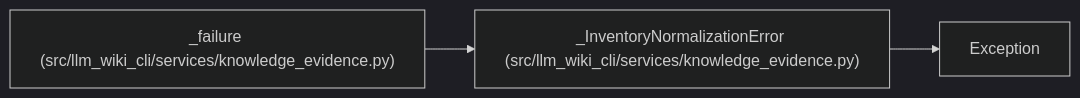
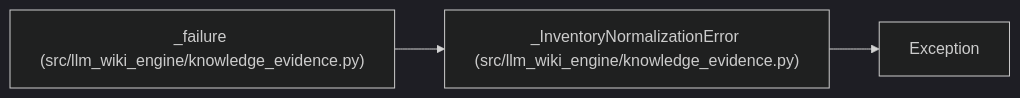
Before and after one commit to Denissvgn/python-wiki-llm: the diagram in docs/llm_wiki/entities/InventoryNormalizationError.md, drawn with Mermaid (dark theme). The commit also changed other lines of this file and 1103 other files, not shown here.

First line of the commit message:
docs: refresh the wiki for the llm-wiki-engine distribution

````diff
--- a/docs/llm_wiki/entities/InventoryNormalizationError.md
+++ b/docs/llm_wiki/entities/InventoryNormalizationError.md
@@ -32,10 +32,10 @@
 ```mermaid
 flowchart LR
-    n0["_InventoryNormalizationError (src/llm_wiki_cli/services/knowledge_evidence.py)"]
+    n0["_InventoryNormalizationError (src/llm_wiki_engine/knowledge_evidence.py)"]
     n1["Exception"]
-    n2["_failure (src/llm_wiki_cli/services/knowledge_evidence.py)"]
+    n2["_failure (src/llm_wiki_engine/knowledge_evidence.py)"]
     n0 --> n1
     n2 --> n0
     click n0 "../modules/knowledge_evidence.md"
     click n2 "../modules/knowledge_evidence.md"
 ```
````
